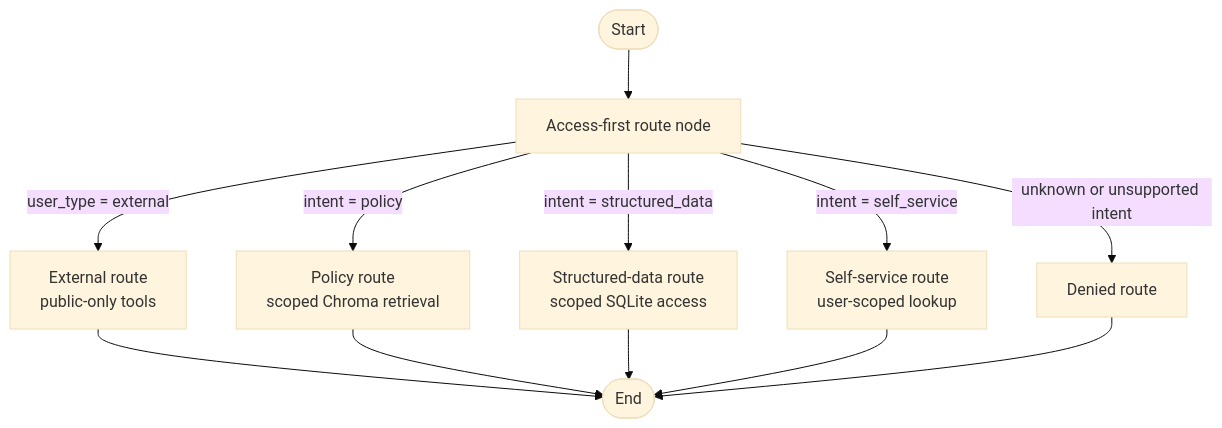
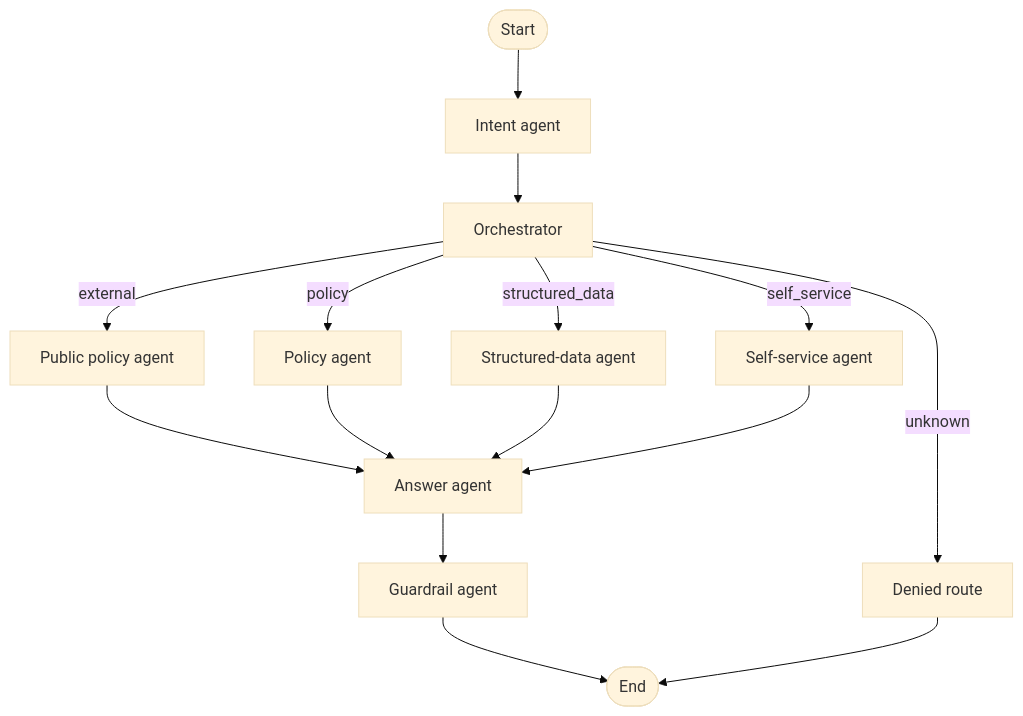
One commit to PuruGhosh/FinPayAI changed the diagram in workspace/Current_state.md. Above: the diagram before and after it, drawn with Mermaid (base theme). The commit also changed other lines of this file and 24 other files, not shown here.

````diff
--- a/workspace/Current_state.md
+++ b/workspace/Current_state.md
@@ -89,14 +157,17 @@
 ```mermaid
 flowchart TD
-	START([Start]) --> ROUTE[Access-first route node]
-	ROUTE -->|user_type = external| EXTERNAL[External route\npublic-only tools]
-	ROUTE -->|intent = policy| POLICY[Policy route\nscoped Chroma retrieval]
-	ROUTE -->|intent = structured_data| DATA[Structured-data route\nscoped SQLite access]
-	ROUTE -->|intent = self_service| SELF[Self-service route\nuser-scoped lookup]
-	ROUTE -->|unknown or unsupported intent| DENIED[Denied route]
-	EXTERNAL --> END([End])
-	POLICY --> END
-	DATA --> END
-	SELF --> END
+	START([Start]) --> INTENT[Intent agent]
+	INTENT --> ORCH[Orchestrator]
+	ORCH -->|external| EXTERNAL[Public policy agent]
+	ORCH -->|policy| POLICY[Policy agent]
+	ORCH -->|structured_data| DATA[Structured-data agent]
+	ORCH -->|self_service| SELF[Self-service agent]
+	ORCH -->|unknown| DENIED[Denied route]
+	EXTERNAL --> ANSWER[Answer agent]
+	POLICY --> ANSWER
+	DATA --> ANSWER
+	SELF --> ANSWER
+	ANSWER --> GUARD[Guardrail agent]
+	GUARD --> END([End])
 	DENIED --> END
 ```
````
